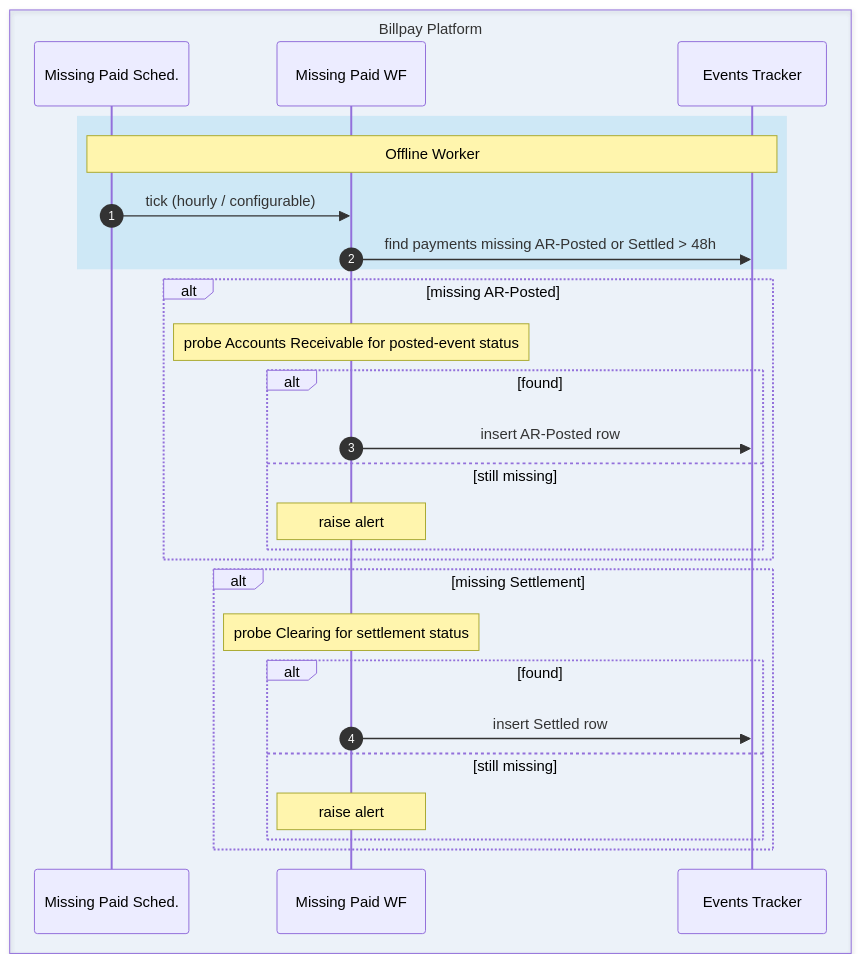
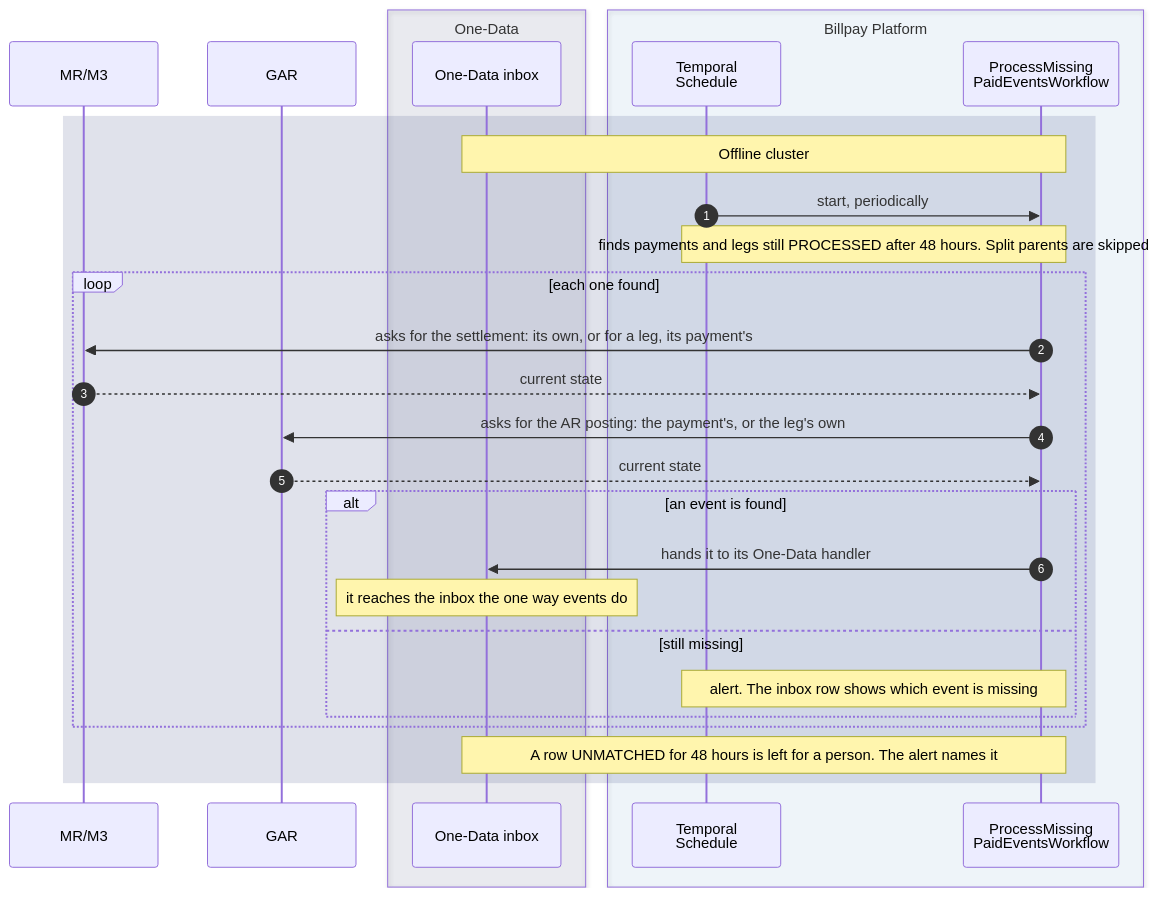
One commit to arunav-bhattacharya/billpay-book changed diagram 11 of 13 in website/docs/design/sequence-diagrams.md. Above: the diagram before and after it, drawn with Mermaid. The commit also changed other lines of this file and 50 other files, not shown here.

````diff
--- a/website/docs/design/sequence-diagrams.md
+++ b/website/docs/design/sequence-diagrams.md
@@ -776,38 +697,40 @@
 ```mermaid
 ---
 config:
   fontFamily: "BentonSansUI, Helvetica, Arial, sans-serif"
   fontSize: 15
 ---
 sequenceDiagram
   autonumber
 
-  box rgba(1,111,208,0.06) Billpay Platform
-    participant SCH as Missing Paid Sched.
-    participant MPE as Missing Paid WF
-    participant TRK as Events Tracker
+  participant MM as MR/M3
+  participant GAR
+
+  box rgba(0,23,90,0.07) One-Data
+    participant IN as One-Data inbox
   end
 
-  rect rgba(0,163,224,0.13)
-    Note over SCH,TRK: Offline Worker
-    SCH->>MPE: tick (hourly / configurable)
-    MPE->>TRK: find payments missing AR-Posted or Settled > 48h
+  box rgba(0,111,207,0.05) Billpay Platform
+    participant SCH as Temporal<br/>Schedule
+    participant WF as ProcessMissing<br/>PaidEventsWorkflow
   end
 
-  alt missing AR-Posted
-    Note over MPE: probe Accounts Receivable for posted-event status
-    alt found
-      MPE->>TRK: insert AR-Posted row
-    else still missing
-      Note over MPE: raise alert
+  rect rgba(0,23,90,0.12)
+    Note over IN,WF: Offline cluster
+    SCH->>WF: start, periodically
+    Note over SCH,WF: finds payments and legs still PROCESSED after 48 hours. Split parents are skipped
+    loop each one found
+      WF->>MM: asks for the settlement: its own, or for a leg, its payment's
+      MM-->>WF: current state
+      WF->>GAR: asks for the AR posting: the payment's, or the leg's own
+      GAR-->>WF: current state
+      alt an event is found
+        WF->>IN: hands it to its One-Data handler
+        Note over IN: it reaches the inbox the one way events do
+      else still missing
+        Note over SCH,WF: alert. The inbox row shows which event is missing
+      end
     end
-  end
-  alt missing Settlement
-    Note over MPE: probe Clearing for settlement status
-    alt found
-      MPE->>TRK: insert Settled row
-    else still missing
-      Note over MPE: raise alert
-    end
+    Note over IN,WF: A row UNMATCHED for 48 hours is left for a person. The alert names it
   end
 ```
````
